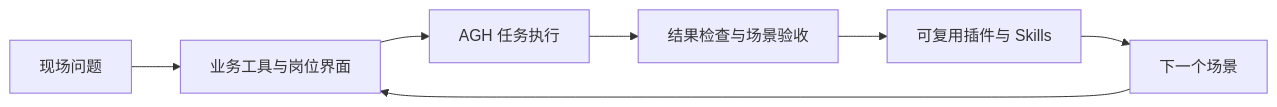
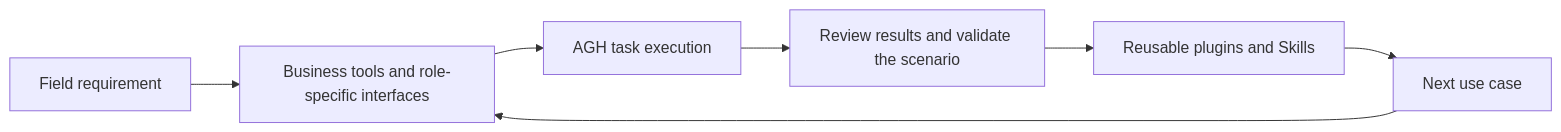
One commit to AgnesAI-Labs/agnes-harness changed the diagram in docs/guide/why-agh.md. Above: the diagram before and after it, drawn with Mermaid. The commit also changed other lines of this file and 73 other files, not shown here.

````diff
--- a/docs/guide/why-agh.md
+++ b/docs/guide/why-agh.md
@@ -25,9 +33,9 @@
 ```mermaid
 flowchart LR
-  Need[现场问题] --> Integration[业务工具与岗位界面]
-  Integration --> Run[AGH 任务执行]
-  Run --> Evidence[结果检查与场景验收]
-  Evidence --> Reuse[可复用插件与 Skills]
-  Reuse --> Next[下一个场景]
+  Need[Field requirement] --> Integration[Business tools and role-specific interfaces]
+  Integration --> Run[AGH task execution]
+  Run --> Evidence[Review results and validate the scenario]
+  Evidence --> Reuse[Reusable plugins and Skills]
+  Reuse --> Next[Next use case]
   Next --> Integration
 ```
````
